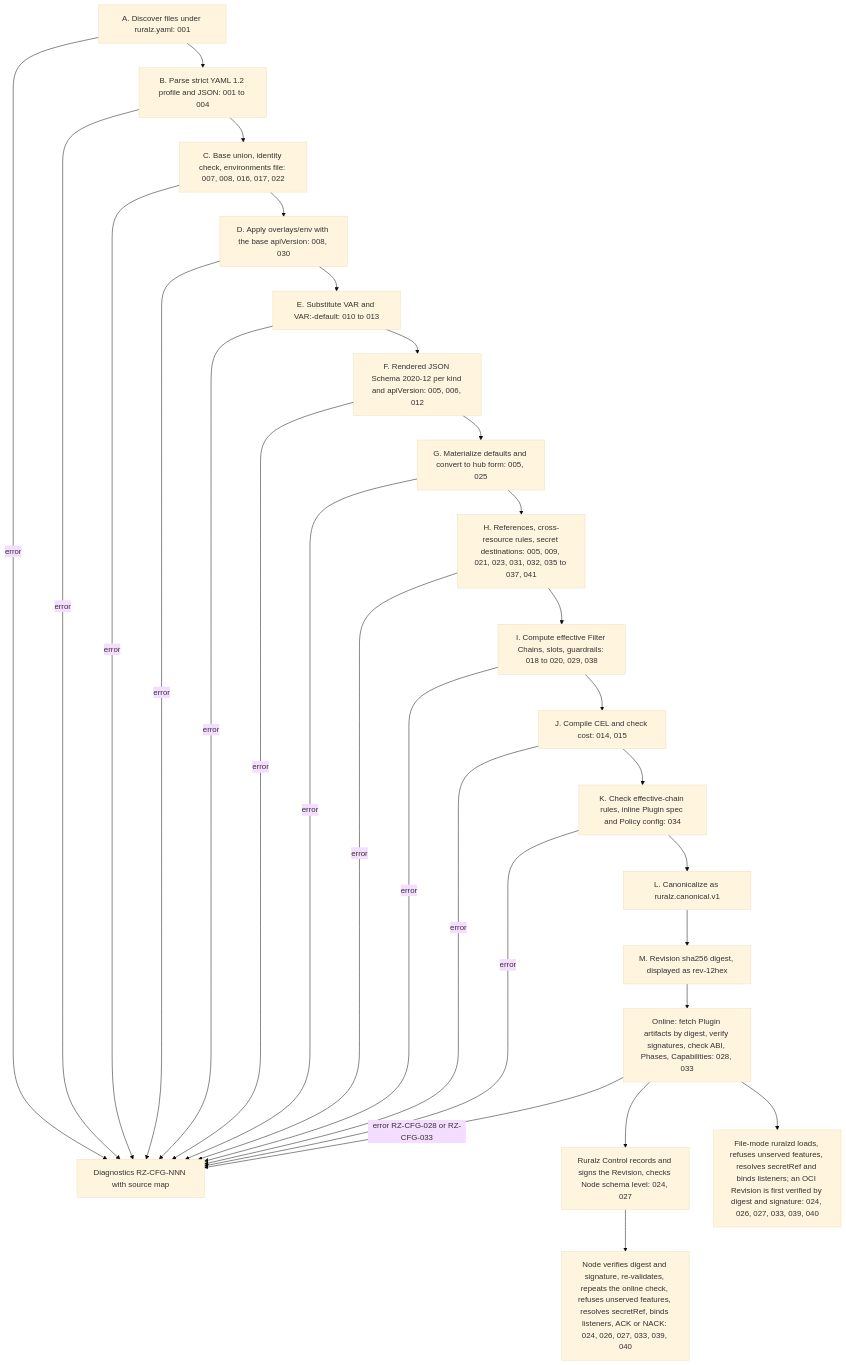
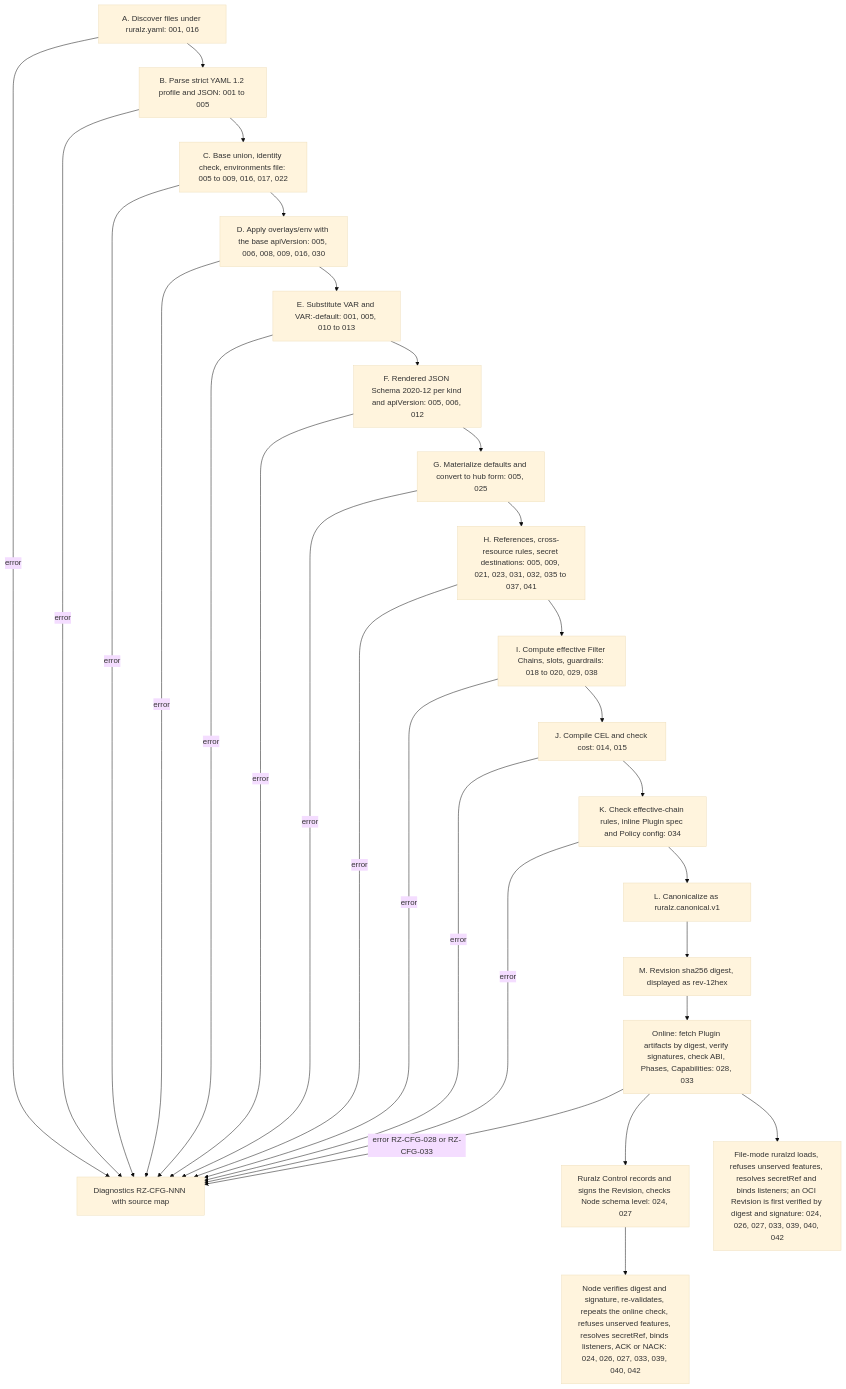
The third of 3 diagrams in docs/architecture/02-configuration-model.md (ravindu-rev/ruralz), drawn with Mermaid (base theme) before and after one commit. The commit also changed other lines of this file and 16 other files, not shown here.

````diff
--- a/docs/architecture/02-configuration-model.md
+++ b/docs/architecture/02-configuration-model.md
@@ -835,31 +867,31 @@
 ```mermaid
 flowchart TD
-    A["A. Discover files under ruralz.yaml: 001"] --> B["B. Parse strict YAML 1.2 profile and JSON: 001 to 004"]
-    B --> C["C. Base union, identity check, environments file: 007, 008, 016, 017, 022"]
-    C --> D["D. Apply overlays/env with the base apiVersion: 008, 030"]
-    D --> E["E. Substitute VAR and VAR:-default: 010 to 013"]
+    A["A. Discover files under ruralz.yaml: 001, 016"] --> B["B. Parse strict YAML 1.2 profile and JSON: 001 to 005"]
+    B --> C["C. Base union, identity check, environments file: 005 to 009, 016, 017, 022"]
+    C --> D["D. Apply overlays/env with the base apiVersion: 005, 006, 008, 009, 016, 030"]
+    D --> E["E. Substitute VAR and VAR:-default: 001, 005, 010 to 013"]
     E --> F["F. Rendered JSON Schema 2020-12 per kind and apiVersion: 005, 006, 012"]
     F --> G["G. Materialize defaults and convert to hub form: 005, 025"]
     G --> H["H. References, cross-resource rules, secret destinations: 005, 009, 021, 023, 031, 032, 035 to 037, 041"]
     H --> I["I. Compute effective Filter Chains, slots, guardrails: 018 to 020, 029, 038"]
     I --> J["J. Compile CEL and check cost: 014, 015"]
     J --> K["K. Check effective-chain rules, inline Plugin spec and Policy config: 034"]
     K --> L["L. Canonicalize as ruralz.canonical.v1"]
     L --> M["M. Revision sha256 digest, displayed as rev-12hex"]
     A -- error --> X["Diagnostics RZ-CFG-NNN with source map"]
     B -- error --> X
     C -- error --> X
     D -- error --> X
     E -- error --> X
     F -- error --> X
     G -- error --> X
     H -- error --> X
     I -- error --> X
     J -- error --> X
     K -- error --> X
     M --> Q["Online: fetch Plugin artifacts by digest, verify signatures, check ABI, Phases, Capabilities: 028, 033"]
     Q -- "error RZ-CFG-028 or RZ-CFG-033" --> X
     Q --> N["Ruralz Control records and signs the Revision, checks Node schema level: 024, 027"]
-    Q --> O["File-mode ruralzd loads, refuses unserved features, resolves secretRef and binds listeners; an OCI Revision is first verified by digest and signature: 024, 026, 027, 033, 039, 040"]
-    N --> P["Node verifies digest and signature, re-validates, repeats the online check, refuses unserved features, resolves secretRef, binds listeners, ACK or NACK: 024, 026, 027, 033, 039, 040"]
+    Q --> O["File-mode ruralzd loads, refuses unserved features, resolves secretRef and binds listeners; an OCI Revision is first verified by digest and signature: 024, 026, 027, 033, 039, 040, 042"]
+    N --> P["Node verifies digest and signature, re-validates, repeats the online check, refuses unserved features, resolves secretRef, binds listeners, ACK or NACK: 024, 026, 027, 033, 039, 040, 042"]
 ```
````
